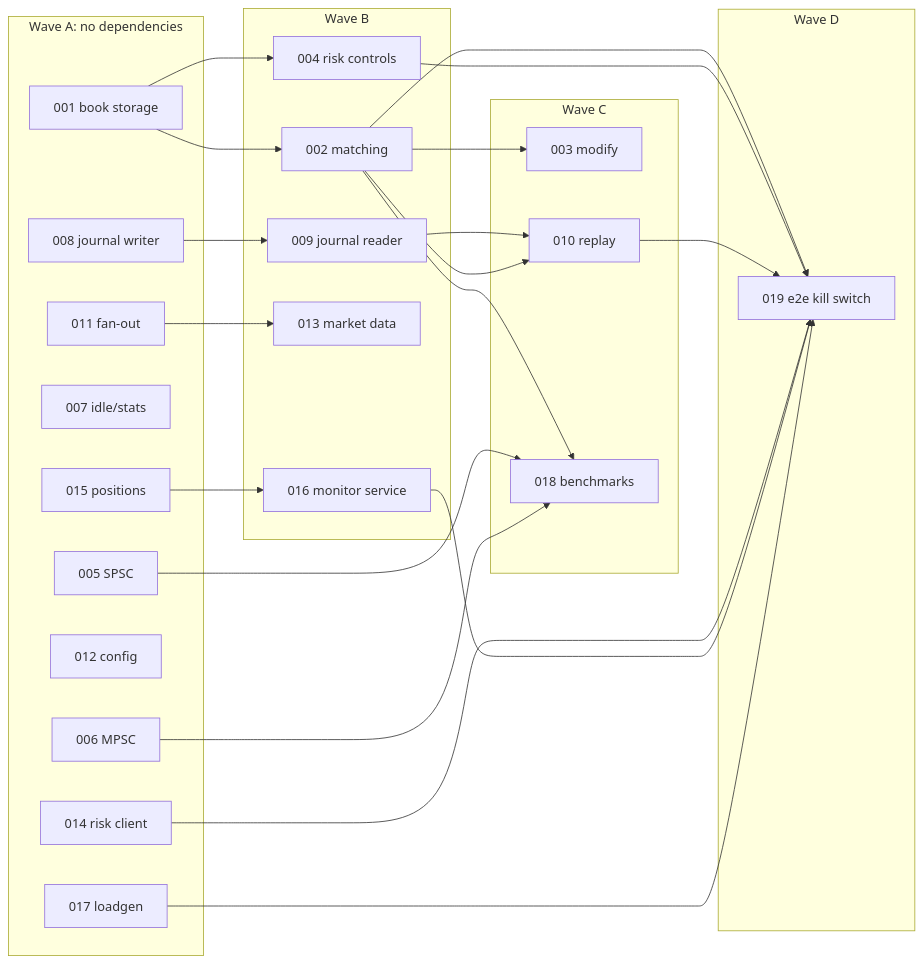
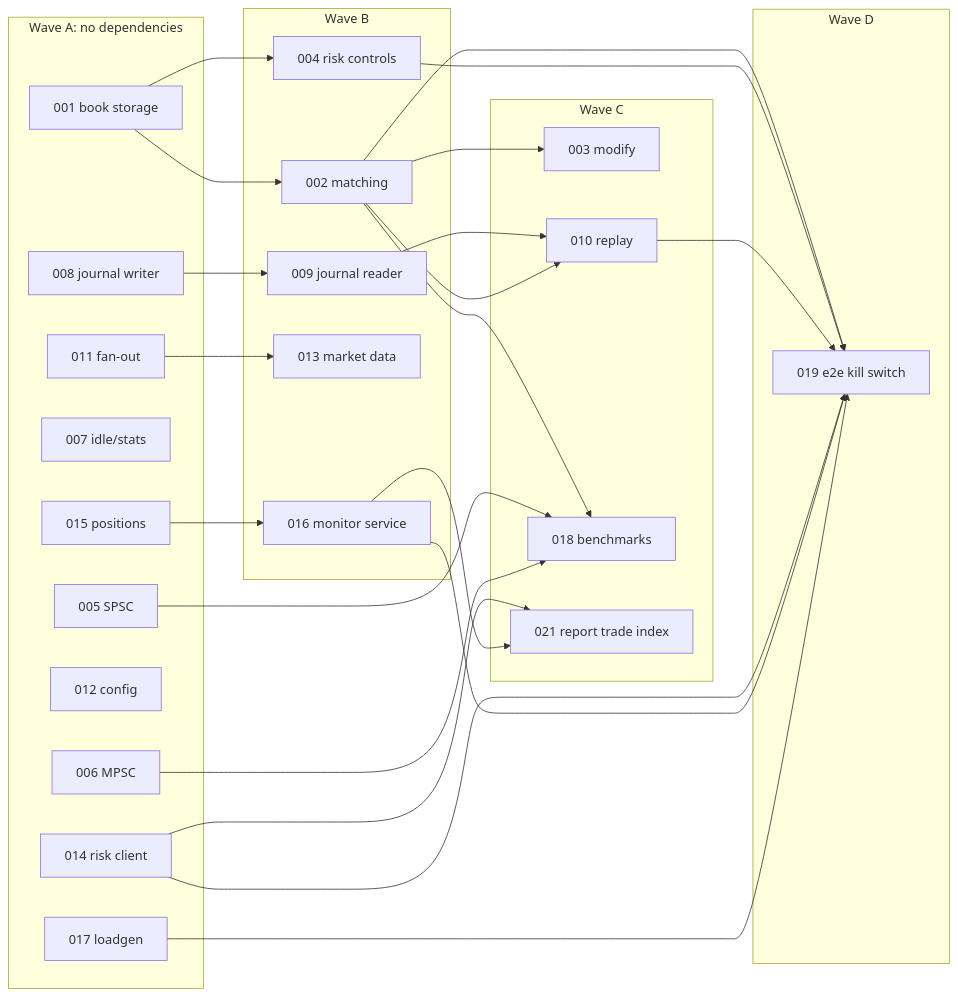
One commit to Tomek52/lockstep-exchange changed the diagram in docs/tasks/README.md. Above: the diagram before and after it, drawn with Mermaid. The commit also changed other lines of this file and 4 other files, not shown here.

First line of the commit message:
docs: add task 021 execution report trade index

````diff
--- a/docs/tasks/README.md
+++ b/docs/tasks/README.md
@@ -40,40 +41,42 @@
 ```mermaid
 flowchart LR
     subgraph A["Wave A: no dependencies"]
         t001[001 book storage]
         t005[005 SPSC]
         t006[006 MPSC]
         t007[007 idle/stats]
         t008[008 journal writer]
         t011[011 fan-out]
         t012[012 config]
         t014[014 risk client]
         t015[015 positions]
         t017[017 loadgen]
     end
     subgraph B["Wave B"]
         t002[002 matching]
         t004[004 risk controls]
         t009[009 journal reader]
         t013[013 market data]
         t016[016 monitor service]
     end
     subgraph C["Wave C"]
         t003[003 modify]
         t010[010 replay]
         t018[018 benchmarks]
+        t021[021 report trade index]
     end
     subgraph D["Wave D"]
         t019[019 e2e kill switch]
     end
     t001 --> t002 --> t003
     t001 --> t004
     t008 --> t009 --> t010
     t002 --> t010
     t011 --> t013
     t015 --> t016
     t002 --> t018
     t005 --> t018
     t006 --> t018
     t002 & t004 & t010 & t014 & t016 & t017 --> t019
+    t014 & t016 --> t021
 ```
````
